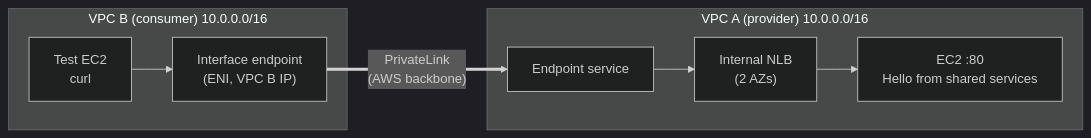
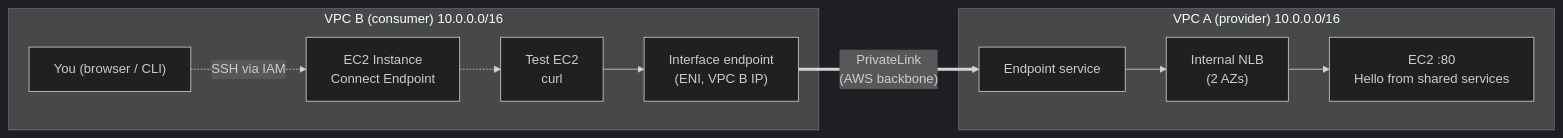
One commit to juanibe/aws-privatelink-between-2-private-vpcs changed the diagram in README.md. Above: the diagram before and after it, drawn with Mermaid (dark theme). The commit also changed other lines of this file, not shown here.

````diff
--- a/README.md
+++ b/README.md
@@ -59,10 +60,11 @@
 ```mermaid
 flowchart LR
   subgraph B["VPC B (consumer) 10.0.0.0/16"]
+    U["You (browser / CLI)"] -. "SSH via IAM" .-> EIC["EC2 Instance<br/>Connect Endpoint"] -.-> T
     T["Test EC2<br/>curl"] --> E["Interface endpoint<br/>(ENI, VPC B IP)"]
   end
   subgraph A["VPC A (provider) 10.0.0.0/16"]
     S["Endpoint service"] --> N["Internal NLB<br/>(2 AZs)"] --> I["EC2 :80<br/>Hello from shared services"]
   end
   E == "PrivateLink<br/>(AWS backbone)" ==> S
 ```
````
